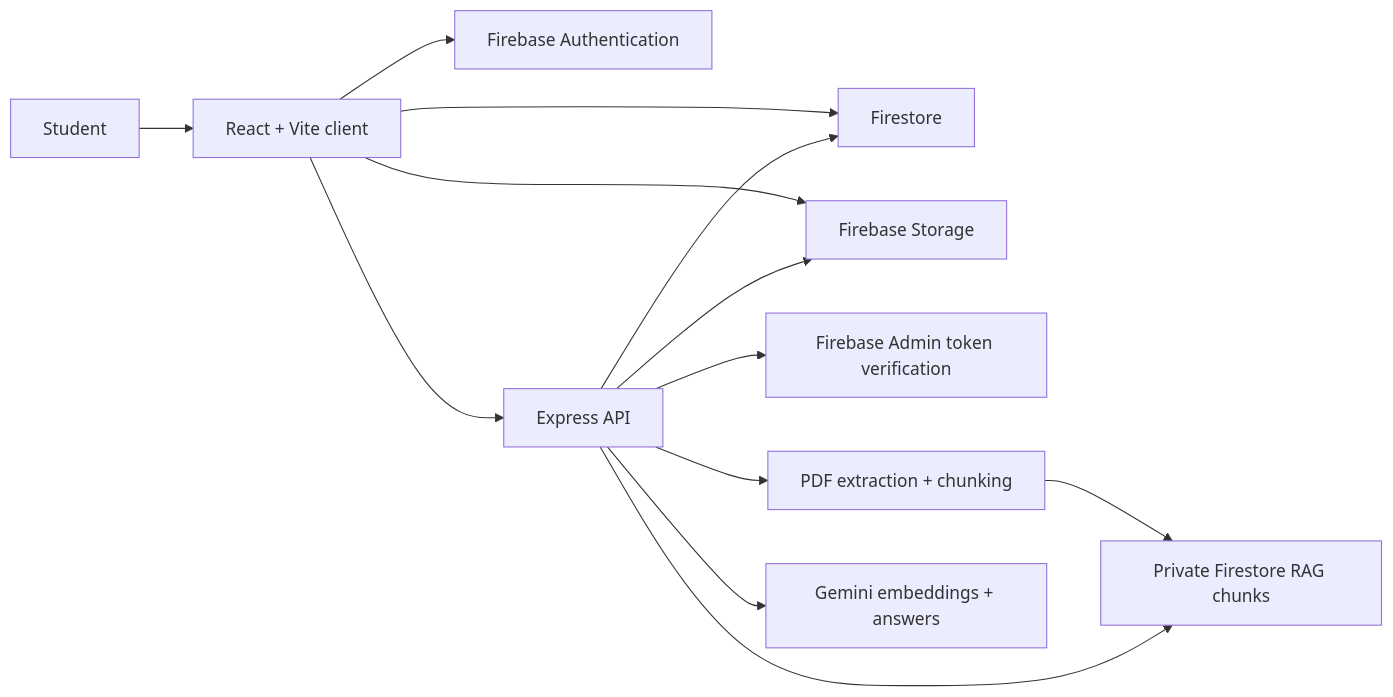
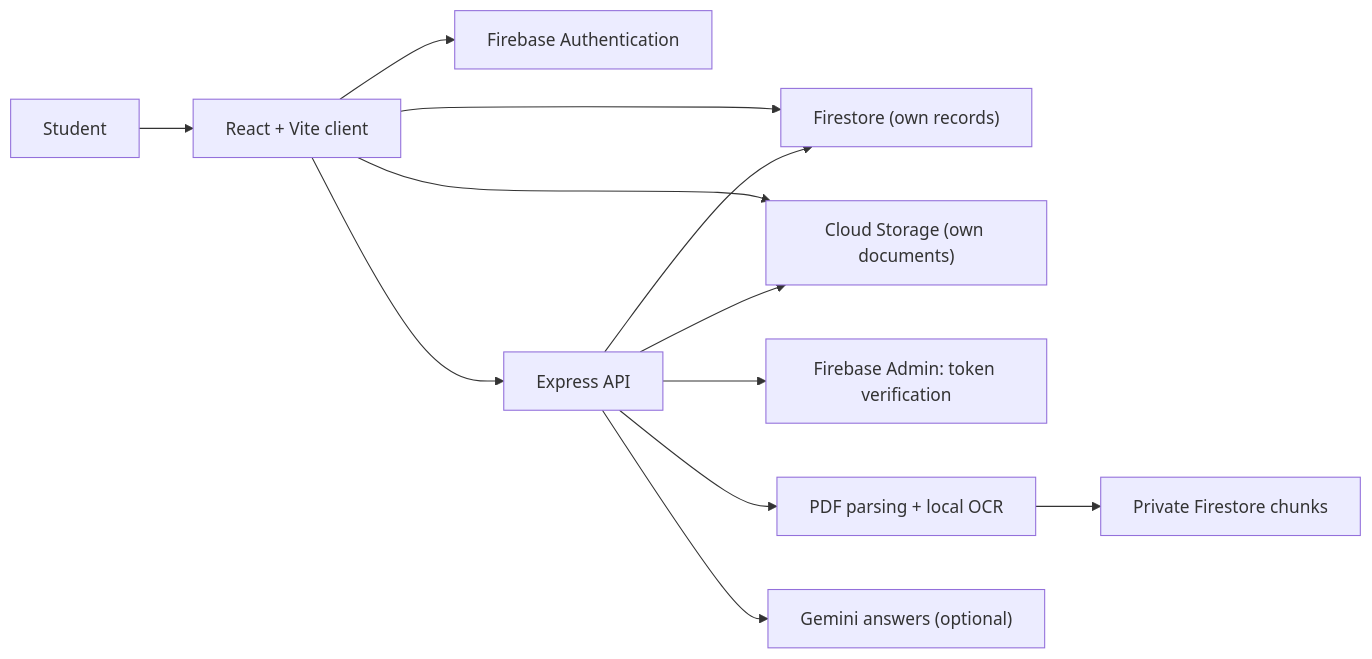
One commit to shlokbhutani13/globeready changed the diagram in README.md. Above: the diagram before and after it, drawn with Mermaid. The commit also changed other lines of this file and 50 other files, not shown here.

````diff
--- a/README.md
+++ b/README.md
@@ -51,15 +25,14 @@
 ```mermaid
 flowchart LR
-    User["Student"] --> Client["React + Vite client"]
+    Student["Student"] --> Client["React + Vite client"]
     Client --> Auth["Firebase Authentication"]
-    Client --> Firestore["Firestore"]
-    Client --> Storage["Firebase Storage"]
+    Client --> Firestore["Firestore (own records)"]
+    Client --> Storage["Cloud Storage (own documents)"]
     Client --> API["Express API"]
-    API --> Admin["Firebase Admin token verification"]
+    API --> Admin["Firebase Admin: token verification"]
     API --> Firestore
     API --> Storage
-    API --> Parser["PDF extraction + chunking"]
-    Parser --> Chunks["Private Firestore RAG chunks"]
-    API --> Chunks
-    API --> Gemini["Gemini embeddings + answers"]
+    API --> Extraction["PDF parsing + local OCR"]
+    Extraction --> Chunks["Private Firestore chunks"]
+    API --> Gemini["Gemini answers (optional)"]
 ```
````
